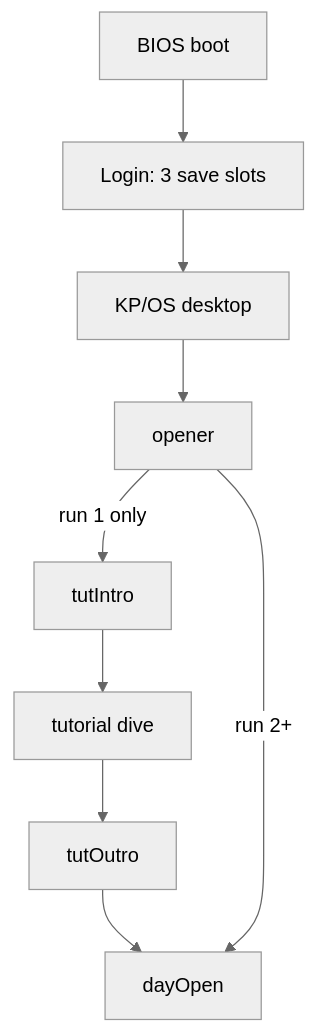
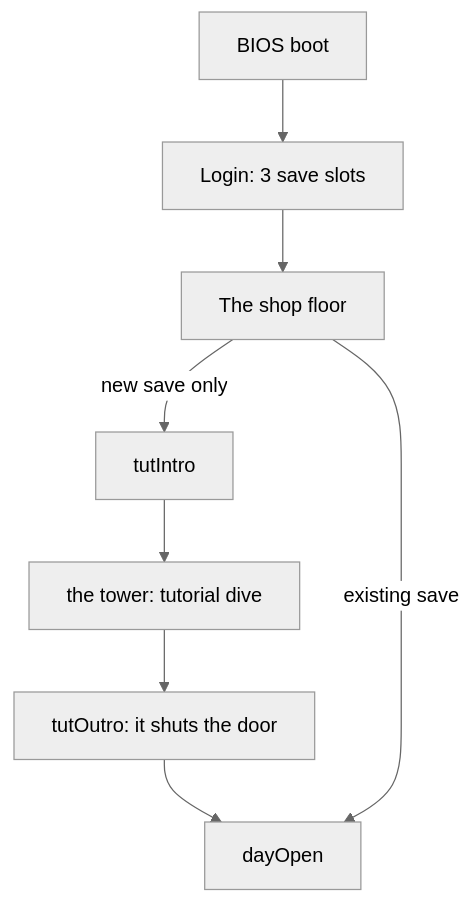
Before and after one commit to dylan-773/kernel-panic: the first of 3 diagrams in vault/10-design/game-flowchart.md, drawn with Mermaid (neutral theme). The commit also changed other lines of this file and 174 other files, not shown here.

````diff
--- a/vault/10-design/game-flowchart.md
+++ b/vault/10-design/game-flowchart.md
@@ -17,11 +17,10 @@
 ```mermaid
 flowchart TB
   BIOS[BIOS boot] --> LOGIN[Login: 3 save slots]
-  LOGIN --> DESK[KP/OS desktop]
-  DESK --> OPEN[opener]
-  OPEN -->|run 1 only| TI[tutIntro]
-  TI --> TUT[tutorial dive]
-  TUT --> TO[tutOutro]
+  LOGIN --> SHOP[The shop floor]
+  SHOP -->|new save only| TI[tutIntro]
+  TI --> TUT[the tower: tutorial dive]
+  TUT --> TO[tutOutro: it shuts the door]
   TO --> DO[dayOpen]
-  OPEN -->|run 2+| DO
+  SHOP -->|existing save| DO
 ```
````
